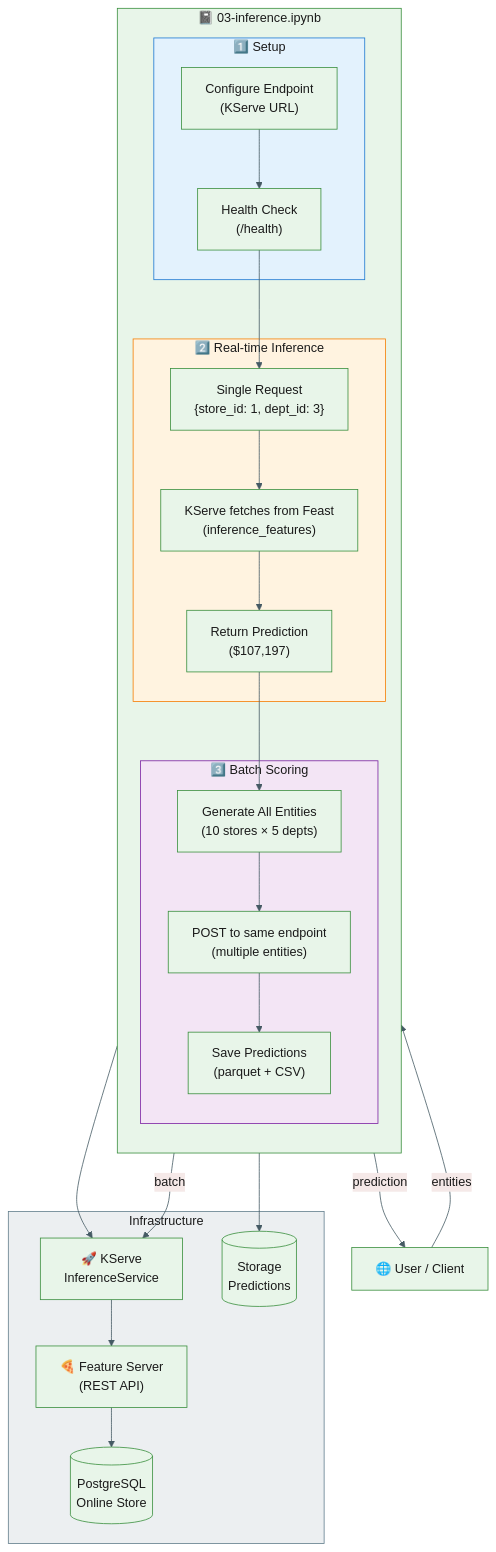
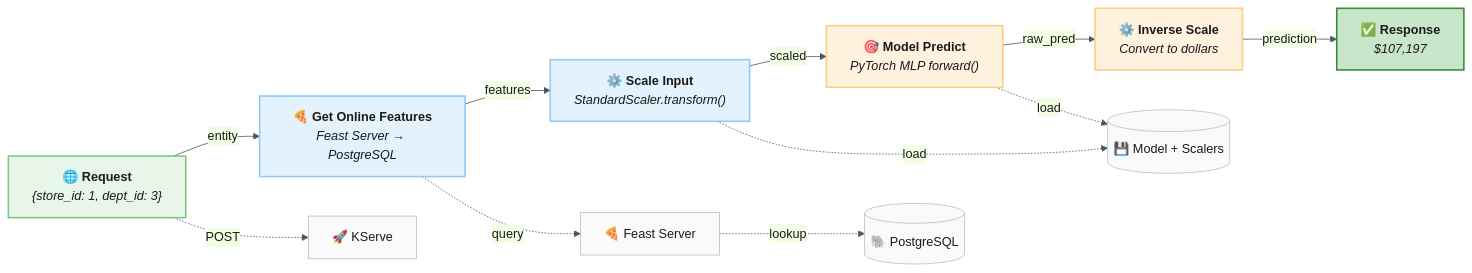
Before and after one commit to abhijeet-dhumal/sales-demand-forecasting: the diagram in examples/complete-mlops-pipeline/docs/03-inference-workflow.mmd, drawn with Mermaid. The commit also changed other lines of this file and 20 other files, not shown here.

```diff
--- a/examples/complete-mlops-pipeline/docs/03-inference-workflow.mmd
+++ b/examples/complete-mlops-pipeline/docs/03-inference-workflow.mmd
@@ -1,49 +1,42 @@
-%%{init: {'theme': 'base', 'themeVariables': { 'primaryColor': '#e8f5e9', 'primaryTextColor': '#1a1a1a', 'primaryBorderColor': '#388e3c', 'lineColor': '#455a64'}}}%%
-flowchart TB
-    subgraph Notebook["📓 03-inference.ipynb"]
-        direction TB
-        
-        subgraph Setup["1️⃣ Setup"]
-            S1["Configure Endpoint<br/>(KServe URL)"]
-            S2["Health Check<br/>(/health)"]
-        end
-        
-        subgraph Realtime["2️⃣ Real-time Inference"]
-            R1["Single Request<br/>{store_id: 1, dept_id: 3}"]
-            R2["KServe fetches from Feast<br/>(inference_features)"]
-            R3["Return Prediction<br/>($107,197)"]
-        end
-        
-        subgraph Batch["3️⃣ Batch Scoring"]
-            B1["Generate All Entities<br/>(10 stores × 5 depts)"]
-            B2["POST to same endpoint<br/>(multiple entities)"]
-            B3["Save Predictions<br/>(parquet + CSV)"]
-        end
-    end
+%%{init: {
+  'theme': 'base',
+  'themeVariables': {
+    'primaryColor': '#e3f2fd',
+    'primaryTextColor': '#1a1a1a',
+    'primaryBorderColor': '#90caf9',
+    'lineColor': '#455a64'
+  }
+}}%%
+flowchart LR
+    %% Main unidirectional flow
+    A["🌐 <b>Request</b><br/><i>{store_id: 1, dept_id: 3}</i>"]
+    B["🍕 <b>Get Online Features</b><br/><i>Feast Server → PostgreSQL</i>"]
+    C["⚙️ <b>Scale Input</b><br/><i>StandardScaler.transform()</i>"]
+    D["🎯 <b>Model Predict</b><br/><i>PyTorch MLP forward()</i>"]
+    E["⚙️ <b>Inverse Scale</b><br/><i>Convert to dollars</i>"]
+    F["✅ <b>Response</b><br/><i>$107,197</i>"]
 
-    subgraph Infra["Infrastructure"]
-        KS["🚀 KServe<br/>InferenceService"]
-        FS["🍕 Feature Server<br/>(REST API)"]
-        PG[(PostgreSQL<br/>Online Store)]
-        PVC[(Storage<br/>Predictions)]
-    end
+    A -->|"entity"| B -->|"features"| C -->|"scaled"| D -->|"raw_pred"| E -->|"prediction"| F
 
-    S1 --> S2
-    S2 --> R1 --> R2 --> R3
-    R3 --> B1 --> B2 --> B3
+    %% Infrastructure (below)
+    KS["🚀 KServe"]
+    FS["🍕 Feast Server"]
+    PG[("🐘 PostgreSQL")]
+    PVC[("💾 Model + Scalers")]
 
-    R2 --> KS
-    KS --> FS
-    FS --> PG
-    B3 --> PVC
+    A -.->|"POST"| KS
+    B -.->|"query"| FS
+    FS -.->|"lookup"| PG
+    C -.->|"load"| PVC
+    D -.->|"load"| PVC
 
-    User["🌐 User / Client"]
-    User -->|"entities"| R1
-    R3 -->|"prediction"| User
-    B2 -->|"batch"| KS
-
-    style Notebook fill:#e8f5e9,stroke:#388e3c,color:#1a1a1a
-    style Setup fill:#e3f2fd,stroke:#1976d2,color:#1a1a1a
-    style Realtime fill:#fff3e0,stroke:#f57c00,color:#1a1a1a
-    style Batch fill:#f3e5f5,stroke:#7b1fa2,color:#1a1a1a
-    style Infra fill:#eceff1,stroke:#607d8b,color:#1a1a1a
+    style A fill:#e8f5e9,stroke:#81c784,stroke-width:2px
+    style B fill:#e3f2fd,stroke:#90caf9,stroke-width:2px
+    style C fill:#e3f2fd,stroke:#90caf9,stroke-width:2px
+    style D fill:#fff3e0,stroke:#ffcc80,stroke-width:2px
+    style E fill:#fff3e0,stroke:#ffcc80,stroke-width:2px
+    style F fill:#c8e6c9,stroke:#388e3c,stroke-width:2px
+    style KS fill:#fafafa,stroke:#bdbdbd
+    style FS fill:#fafafa,stroke:#bdbdbd
+    style PG fill:#fafafa,stroke:#bdbdbd
+    style PVC fill:#fafafa,stroke:#bdbdbd
```
